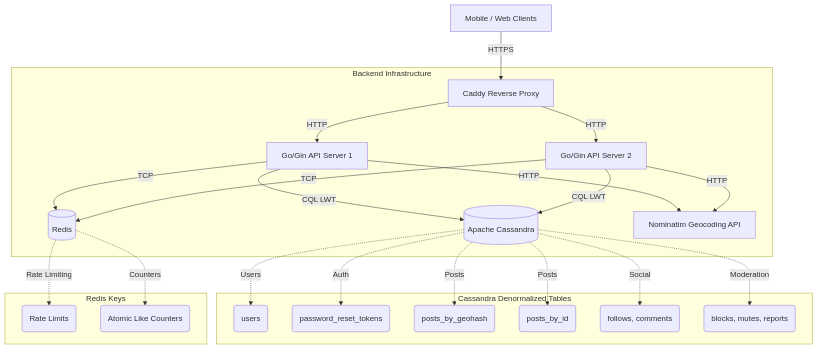
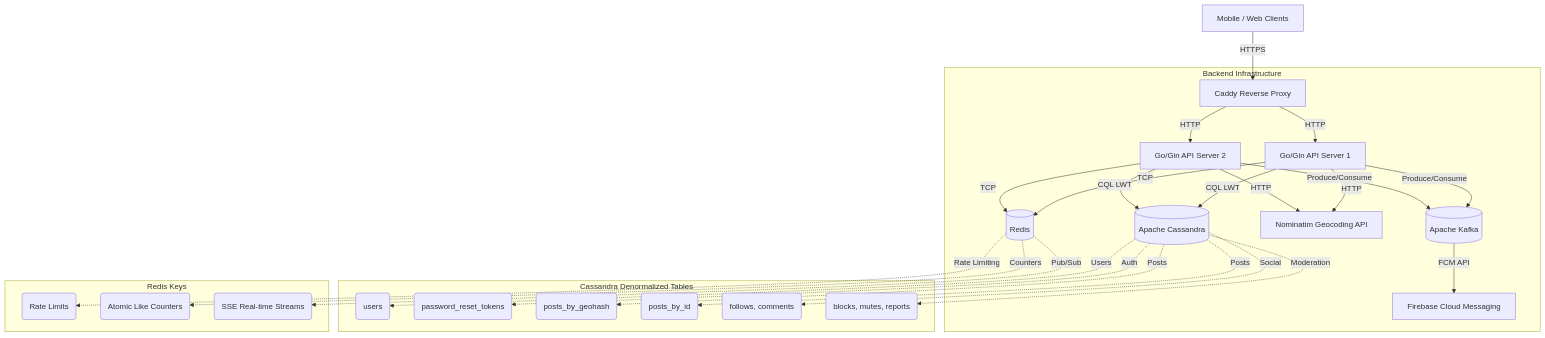
Before and after one commit to irbirojodoh/geoloc: the diagram in README.md, drawn with Mermaid. The commit also changed other lines of this file and 31 other files, not shown here.

Commit message:
feat: complete event-driven notification architecture with Kafka, SSE, and FCM

````diff
--- a/README.md
+++ b/README.md
@@ -7,32 +7,38 @@
 ```mermaid
 graph TD
     Client[Mobile / Web Clients] -->|HTTPS| Proxy[Caddy Reverse Proxy]
     
     subgraph Backend [Backend Infrastructure]
         Proxy -->|HTTP| API1[Go/Gin API Server 1]
         Proxy -->|HTTP| API2[Go/Gin API Server 2]
         
         API1 -->|CQL LWT| Cassandra[(Apache Cassandra)]
         API2 -->|CQL LWT| Cassandra
         
         API1 -->|TCP| Redis[(Redis)]
         API2 -->|TCP| Redis
         
         API1 -->|HTTP| Nominatim[Nominatim Geocoding API]
         API2 -->|HTTP| Nominatim
+
+        API1 -->|Produce/Consume| Kafka[(Apache Kafka)]
+        API2 -->|Produce/Consume| Kafka
+        
+        Kafka -->|FCM API| FCM[Firebase Cloud Messaging]
     end
     
     subgraph Data Models [Cassandra Denormalized Tables]
         Cassandra -.->|Users| T1(users)
         Cassandra -.->|Auth| T2(password_reset_tokens)
         Cassandra -.->|Posts| T3(posts_by_geohash)
         Cassandra -.->|Posts| T4(posts_by_id)
         Cassandra -.->|Social| T5(follows, comments)
         Cassandra -.->|Moderation| T6(blocks, mutes, reports)
     end
     
     subgraph Caching [Redis Keys]
         Redis -.->|Rate Limiting| R1(Rate Limits)
         Redis -.->|Counters| R2(Atomic Like Counters)
+        Redis -.->|Pub/Sub| R3(SSE Real-time Streams)
     end
 ```
````
